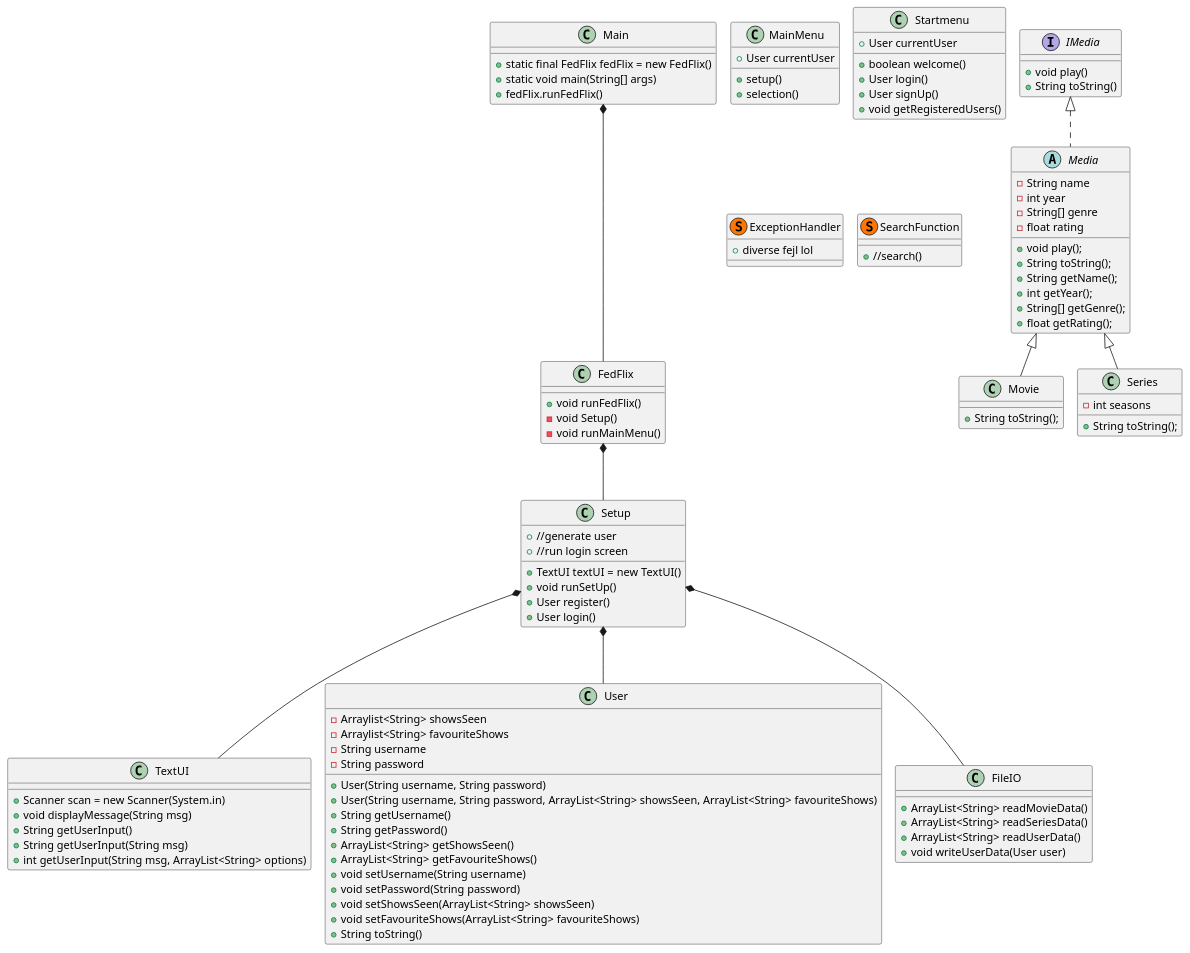
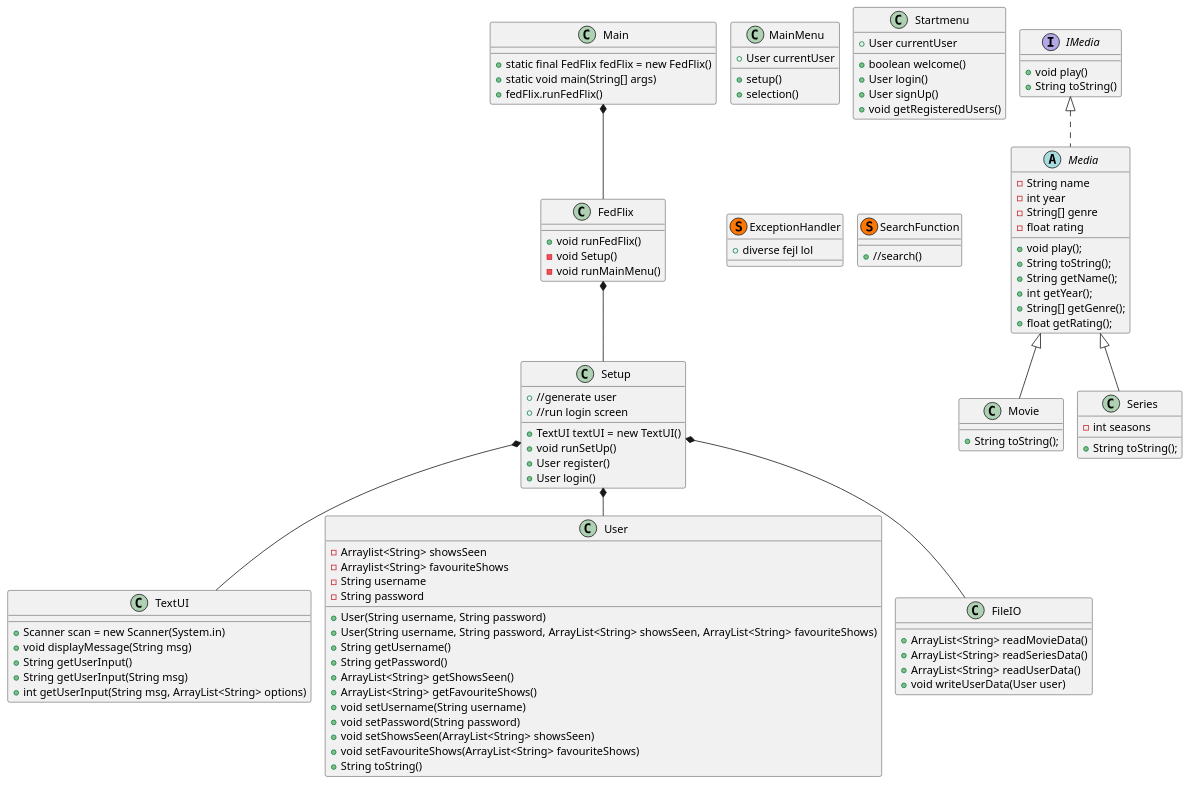
The diagram in SP03/Documentation/Class Diagram.puml (Sebbedeb/SP3---Streaming-Service), drawn with PlantUML before and after one commit.

Commit message:
Update Class Diagram.puml

```diff
--- a/SP03/Documentation/Class Diagram.puml
+++ b/SP03/Documentation/Class Diagram.puml
@@ -1,108 +1,108 @@
 @startuml
 'https://plantuml.com/class-diagram
 !pragma layout smetana
 
 class Main
 class MainMenu
 class Startmenu
 class TextUI
 class User
 class FileIO
 class ExceptionHandler << (S,#FF7700) >>
 abstract class Media implements IMedia
 class Movie extends Media
 class Series extends Media
 class SearchFunction << (S,#FF7700) >>
 class MainMenu
 class FedFlix
 class Setup
 
-Main *--- FedFlix
-FedFlix *--- Setup
-Setup *--- User
-Setup *--- FileIO
-Setup *--- TextUI
+Main *-- FedFlix
+FedFlix *-- Setup
+Setup *-- User
+Setup *-- FileIO
+Setup *-- TextUI
 
 Main : + static final FedFlix fedFlix = new FedFlix()
 Main : + static void main(String[] args)
 Main : + fedFlix.runFedFlix()
 
 FedFlix : + void runFedFlix()
 FedFlix : - void Setup()
 FedFlix : - void runMainMenu()
 
 Setup : + TextUI textUI = new TextUI()
 Setup : + void runSetUp()
 Setup : + User register()
 Setup : + User login()
 
 
 MainMenu : + User currentUser
 MainMenu : + setup()
 MainMenu : + selection()
 
 
 Setup : + //generate user
 Setup : + //run login screen
 
 SearchFunction : +//search()
 
 Startmenu : + User currentUser
 Startmenu : + boolean welcome()
 Startmenu : + User login()
 Startmenu : + User signUp()
 Startmenu : + void getRegisteredUsers()
 
 FileIO : + ArrayList<String> readMovieData()
 FileIO : + ArrayList<String> readSeriesData()
 FileIO : + ArrayList<String> readUserData()
 FileIO : + void writeUserData(User user)
 
 
 
 User : - Arraylist<String> showsSeen
 User : - Arraylist<String> favouriteShows
 User : - String username
 User : - String password
 User : + User(String username, String password)
 User : + User(String username, String password, ArrayList<String> showsSeen, ArrayList<String> favouriteShows)
 User : + String getUsername()
 User : + String getPassword()
 User : + ArrayList<String> getShowsSeen()
 User : + ArrayList<String> getFavouriteShows()
 User : + void setUsername(String username)
 User : + void setPassword(String password)
 User : + void setShowsSeen(ArrayList<String> showsSeen)
 User : + void setFavouriteShows(ArrayList<String> favouriteShows)
 User : + String toString()
 
 
 IMedia : + void play()
 IMedia : + String toString()
 
 TextUI : + Scanner scan = new Scanner(System.in)
 TextUI : + void displayMessage(String msg)
 TextUI : + String getUserInput()
 TextUI : + String getUserInput(String msg)
 TextUI : + int getUserInput(String msg, ArrayList<String> options)
 
 ExceptionHandler : + diverse fejl lol
 
 Media : -String name
 Media : -int year
 Media : -String[] genre
 Media : -float rating
 Media : + void play();
 Media : + String toString();
 Media : + String getName();
 Media : + int getYear();
 Media : + String[] getGenre();
 Media : + float getRating();
 
 Movie : + String toString();
 
 Series : - int seasons
 Series : + String toString();
 
 
 @enduml
```
